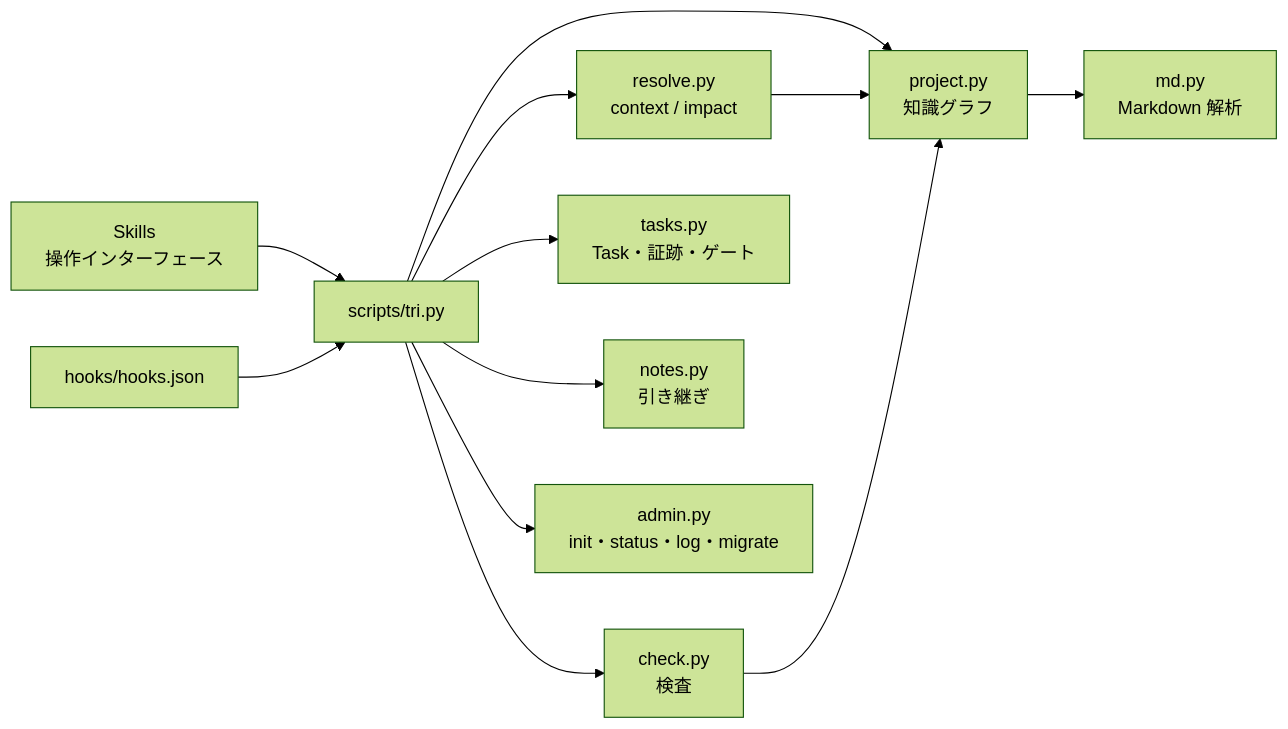
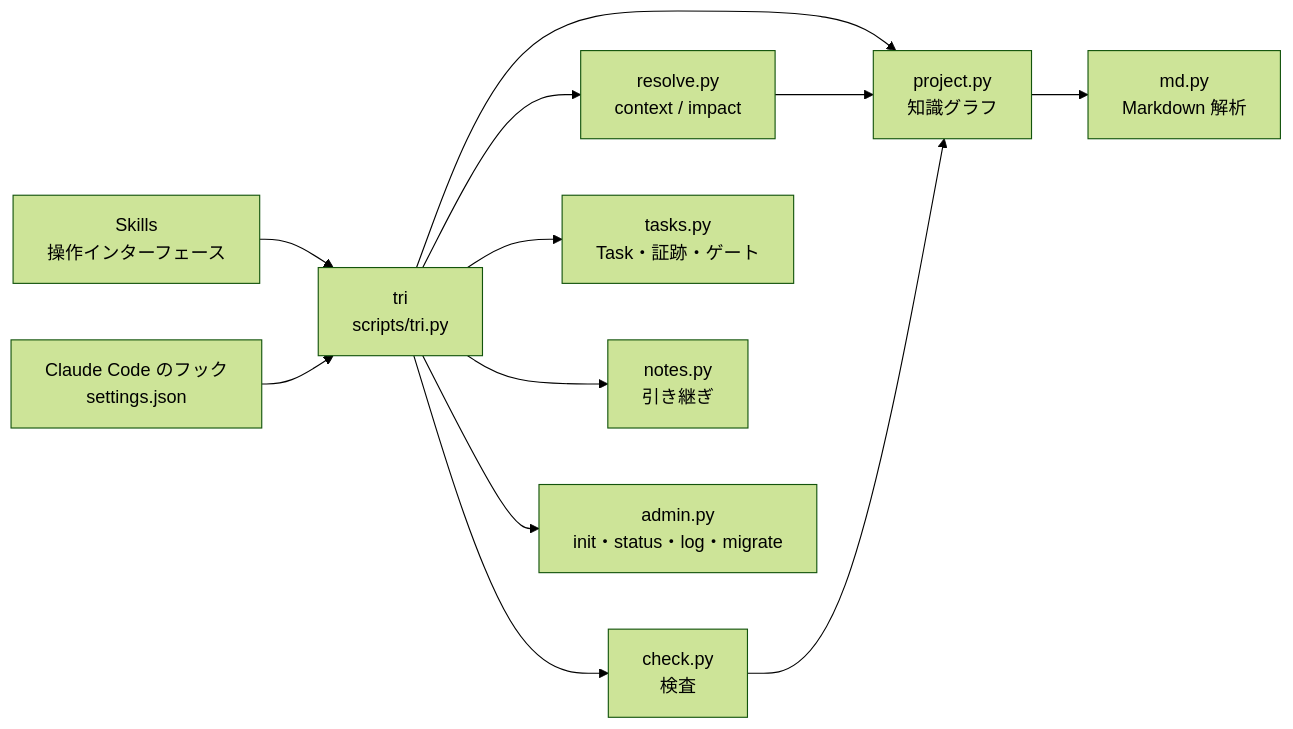
One commit to emanon-i/tri-ssd changed the diagram in docs/architecture.md. Above: the diagram before and after it, drawn with Mermaid (forest theme). The commit also changed other lines of this file and 3 other files, not shown here.

First line of the commit message:
docs: 共有 Skill と PATH 上の tri で配る案 (T-0017)

````diff
--- a/docs/architecture.md
+++ b/docs/architecture.md
@@ -8,14 +8,14 @@
 ```mermaid
 flowchart LR
-    Skill[Skills<br>操作インターフェース] --> CLI[scripts/tri.py]
-    Hook[hooks/hooks.json] --> CLI
+    Skill[Skills<br>操作インターフェース] --> CLI[tri<br>scripts/tri.py]
+    Hook[Claude Code のフック<br>settings.json] --> CLI
     CLI --> Project[project.py<br>知識グラフ]
     Project --> MD[md.py<br>Markdown 解析]
     CLI --> Resolve[resolve.py<br>context / impact]
     CLI --> Check[check.py<br>検査]
     CLI --> Tasks[tasks.py<br>Task・証跡・ゲート]
     CLI --> Notes[notes.py<br>引き継ぎ]
     CLI --> Admin[admin.py<br>init・status・log・migrate]
     Resolve --> Project
     Check --> Project
 ```
````
